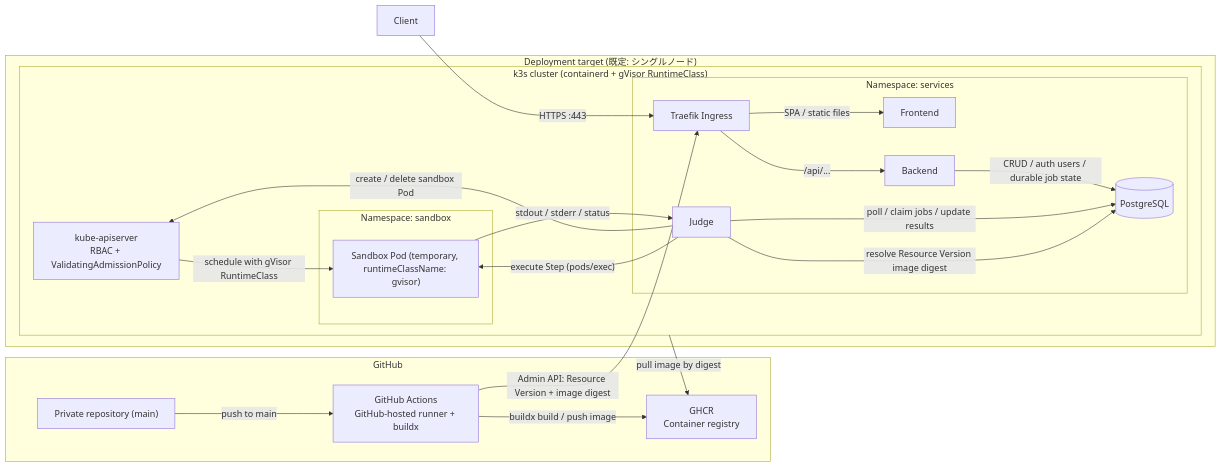
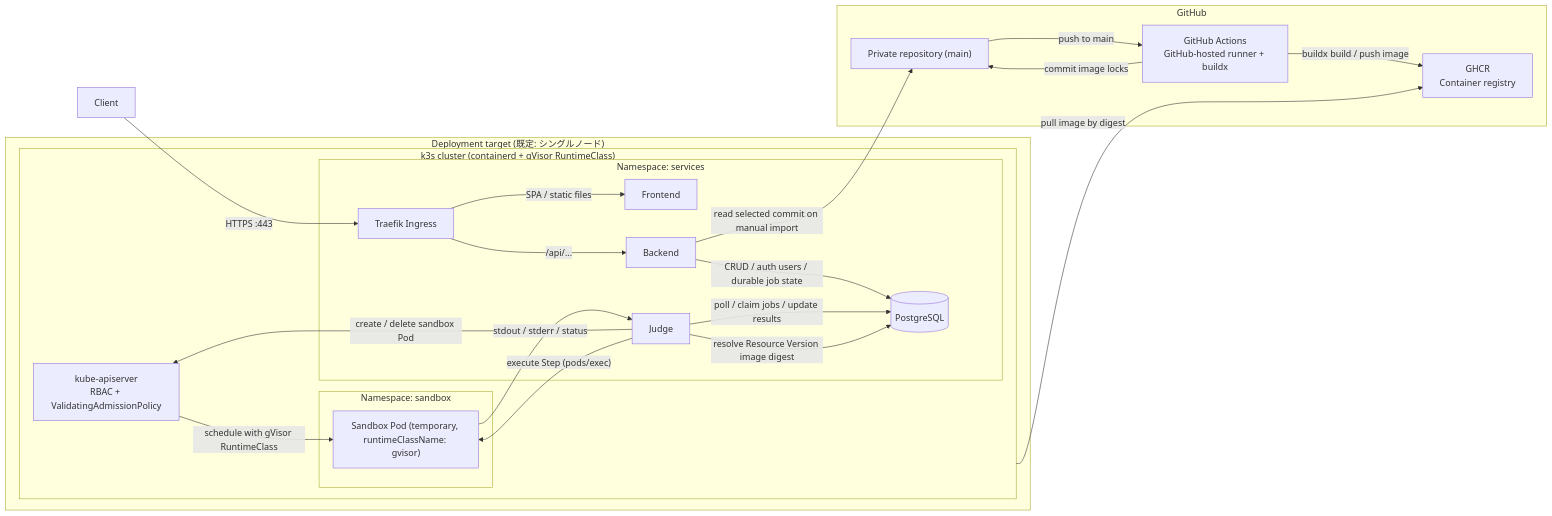
Before and after one commit to dsa-uts/dsa-project: the diagram in docs/spec/README.md, drawn with Mermaid. The commit also changed other lines of this file and 4 other files, not shown here.

Commit message:
Align resource specs with Git image locks and manual imports (#160)

````diff
--- a/docs/spec/README.md
+++ b/docs/spec/README.md
@@ -70,46 +70,47 @@
 ```mermaid
 flowchart LR
   client[Client]
 
   subgraph github["GitHub"]
     repo["Private repository (main)"]
     gha["GitHub Actions<br/>GitHub-hosted runner + buildx"]
     ghcr["GHCR<br/>Container registry"]
   end
 
   subgraph host["Deployment target (既定: シングルノード)"]
     subgraph k3s["k3s cluster (containerd + gVisor RuntimeClass)"]
       api["kube-apiserver<br/>RBAC + ValidatingAdmissionPolicy"]
 
       subgraph nsServices["Namespace: services"]
         IG[Traefik Ingress]
         FE[Frontend]
         BE[Backend]
         DB[(PostgreSQL)]
         JD[Judge]
       end
 
       subgraph nsSandbox["Namespace: sandbox"]
         sandbox["Sandbox Pod (temporary, runtimeClassName: gvisor)"]
       end
     end
   end
 
   repo -->|push to main| gha
   gha -->|buildx build / push image| ghcr
-  gha -->|Admin API: Resource Version + image digest| IG
+  gha -->|commit image locks| repo
+  BE -->|read selected commit on manual import| repo
 
   client -->|HTTPS :443| IG
   IG -->|SPA / static files| FE
   IG -->|/api/...| BE
 
   BE -->|CRUD / auth users / durable job state| DB
 
   JD -->|poll / claim jobs / update results| DB
   JD -->|resolve Resource Version image digest| DB
   JD -->|create / delete sandbox Pod| api
   api -->|schedule with gVisor RuntimeClass| sandbox
   k3s -->|pull image by digest| ghcr
   JD -->|"execute Step (pods/exec)"| sandbox
   sandbox -->|stdout / stderr / status| JD
 ```
````
